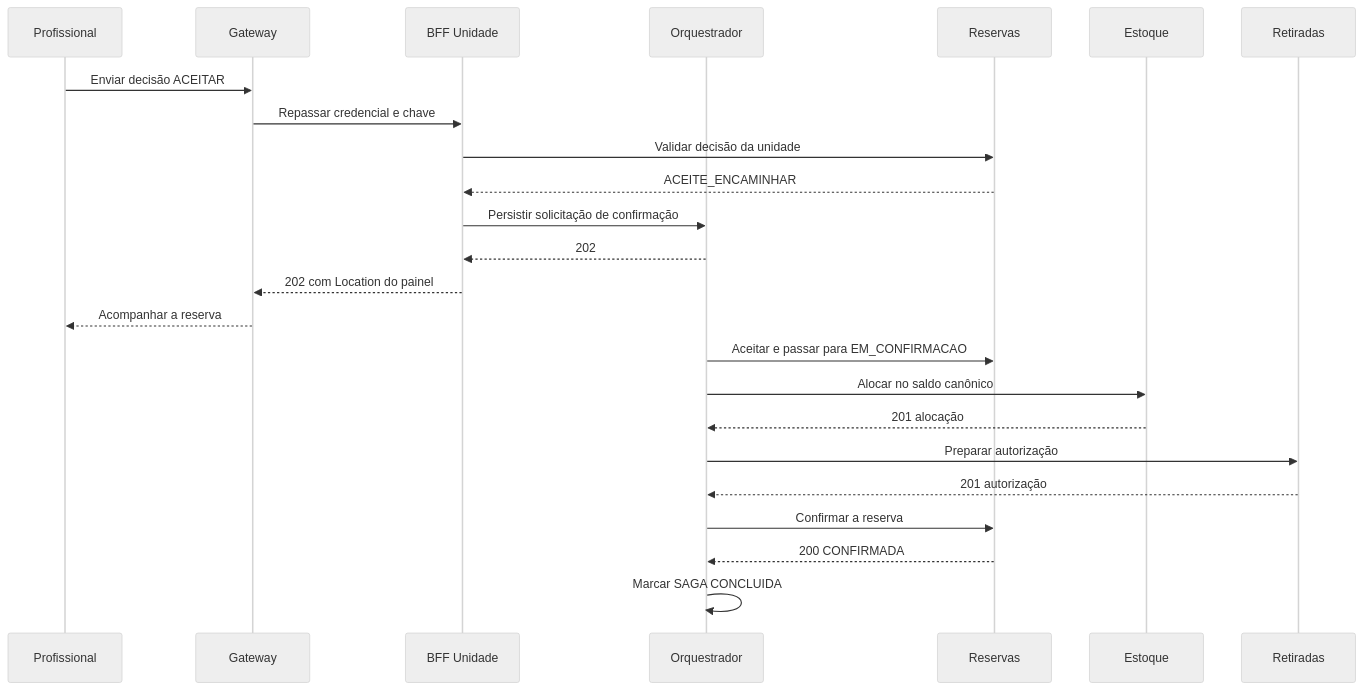
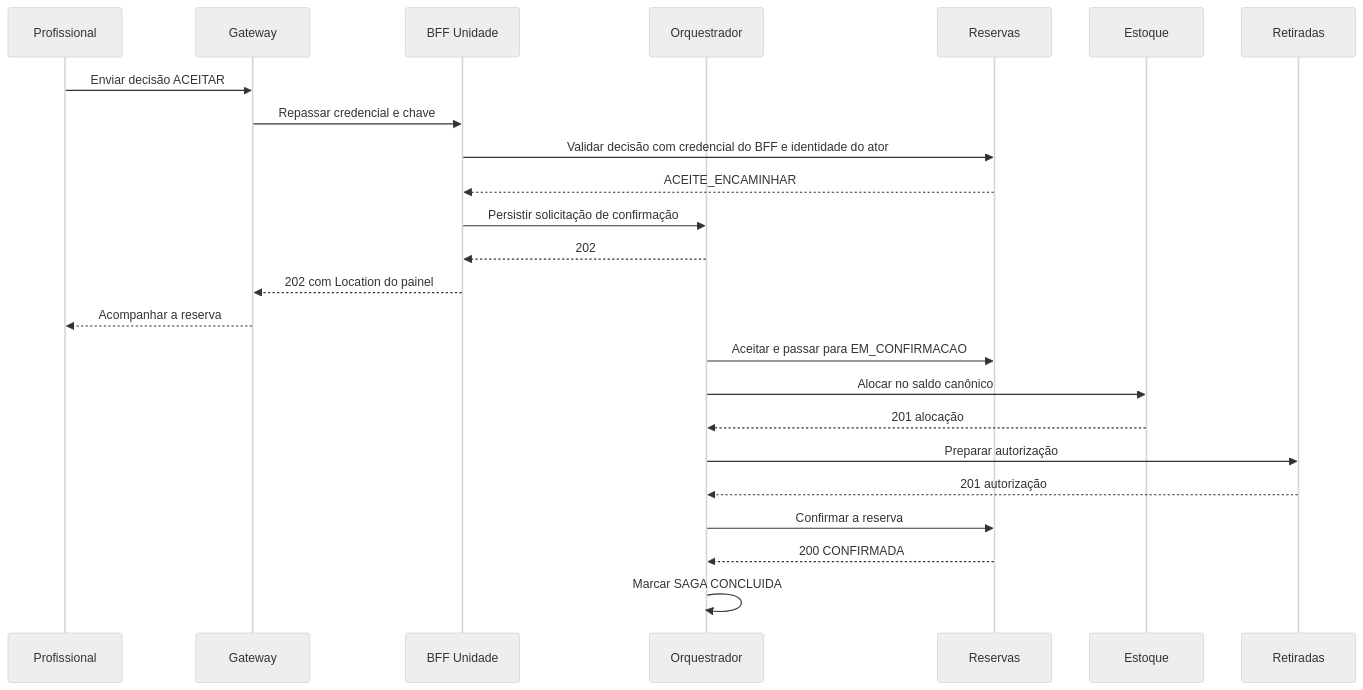
The sixth of 10 diagrams in docs/DOCUMENTACAO_TECNICA.md (ArthurDp78/GlicoAcesso), drawn with Mermaid (neutral theme) before and after one commit. The commit also changed other lines of this file and 1 other file, not shown here.

````diff
--- a/docs/DOCUMENTACAO_TECNICA.md
+++ b/docs/DOCUMENTACAO_TECNICA.md
@@ -288,26 +282,26 @@
 ```mermaid
 sequenceDiagram
     participant P as Profissional
     participant G as Gateway
     participant B as BFF Unidade
     participant O as Orquestrador
     participant R as Reservas
     participant E as Estoque
     participant T as Retiradas
     P->>G: Enviar decisão ACEITAR
     G->>B: Repassar credencial e chave
-    B->>R: Validar decisão da unidade
+    B->>R: Validar decisão com credencial do BFF e identidade do ator
     R-->>B: ACEITE_ENCAMINHAR
     B->>O: Persistir solicitação de confirmação
     O-->>B: 202
     B-->>G: 202 com Location do painel
     G-->>P: Acompanhar a reserva
     O->>R: Aceitar e passar para EM_CONFIRMACAO
     O->>E: Alocar no saldo canônico
     E-->>O: 201 alocação
     O->>T: Preparar autorização
     T-->>O: 201 autorização
     O->>R: Confirmar a reserva
     R-->>O: 200 CONFIRMADA
     O->>O: Marcar SAGA CONCLUIDA
 ```
````
